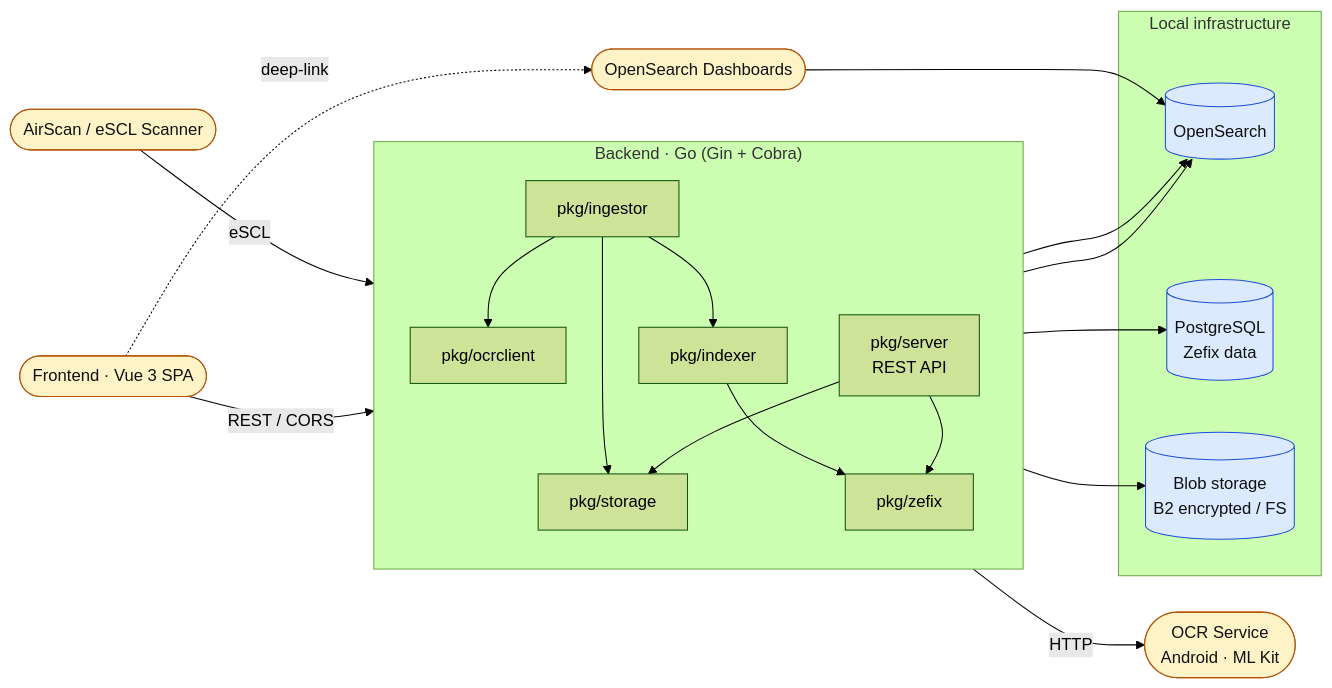
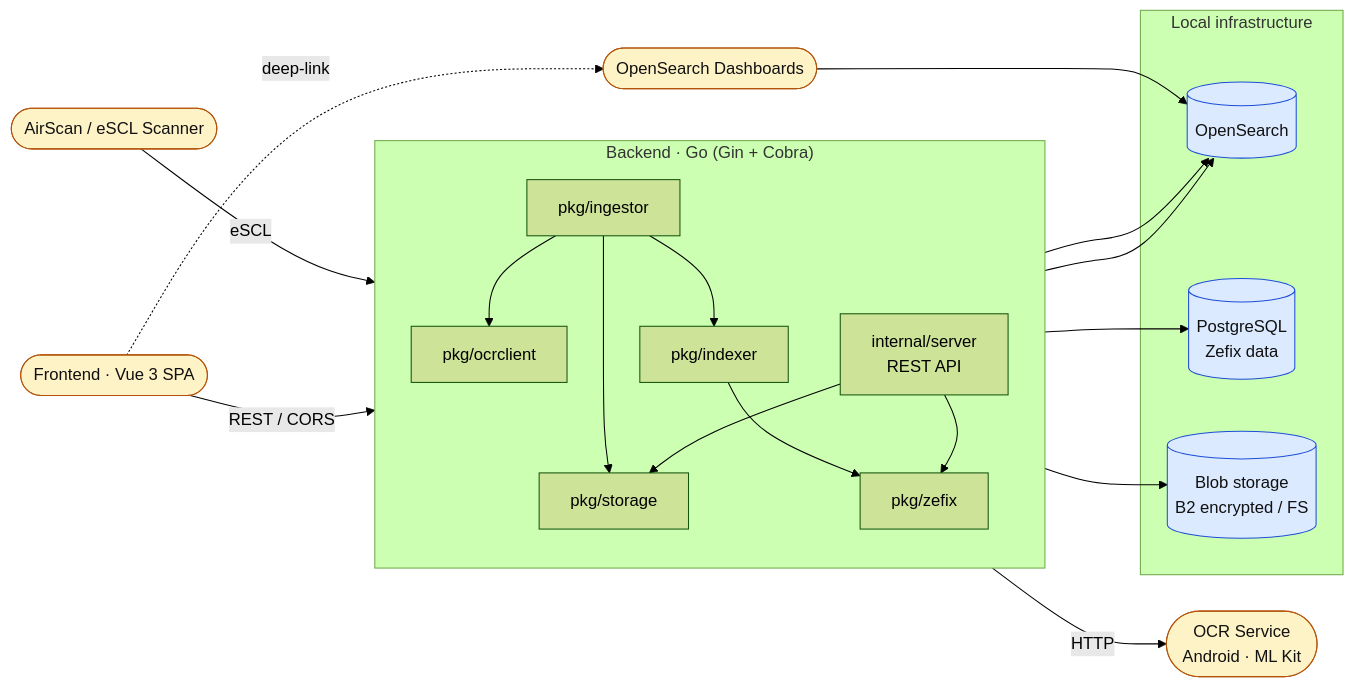
Before and after one commit to denysvitali/odi: the diagram in README.md, drawn with Mermaid (forest theme). The commit also changed other lines of this file and 70 other files, not shown here.

````diff
--- a/README.md
+++ b/README.md
@@ -12,42 +12,42 @@
 ```mermaid
 flowchart LR
     Scanner([AirScan / eSCL Scanner])
     OCRSrv([OCR Service<br/>Android · ML Kit])
 
     subgraph Backend["Backend · Go (Gin + Cobra)"]
         direction TB
         ING[pkg/ingestor]
         IDX[pkg/indexer]
         OCRC[pkg/ocrclient]
         STOR[pkg/storage]
         ZFX[pkg/zefix]
-        API[pkg/server<br/>REST API]
+        API[internal/server<br/>REST API]
     end
 
     subgraph Data["Local infrastructure"]
         OS[("OpenSearch")]
         PG[("PostgreSQL<br/>Zefix data")]
         BLOB[("Blob storage<br/>B2 encrypted / FS")]
     end
 
     SPA([Frontend · Vue 3 SPA])
     OSD([OpenSearch Dashboards])
 
     Scanner -- eSCL --> ING
     ING --> OCRC -- HTTP --> OCRSrv
     ING --> IDX --> OS
     ING --> STOR --> BLOB
     IDX --> ZFX --> PG
 
     SPA -- REST / CORS --> API
     API --> OS
     API --> STOR
     API --> ZFX
     SPA -. deep-link .-> OSD
     OSD --> OS
 
     classDef external fill:#fef3c7,stroke:#b45309,color:#111
     classDef store fill:#dbeafe,stroke:#1d4ed8,color:#111
     class Scanner,OCRSrv,OSD,SPA external
     class OS,PG,BLOB store
 ```
````
